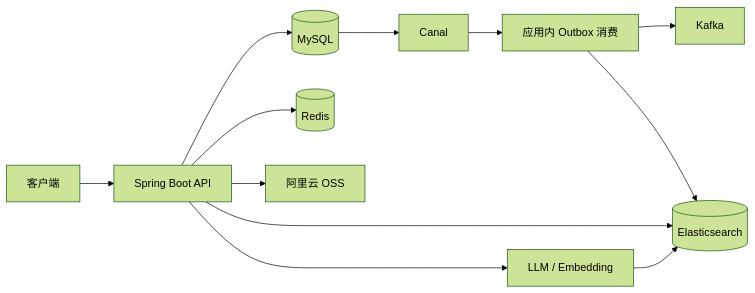
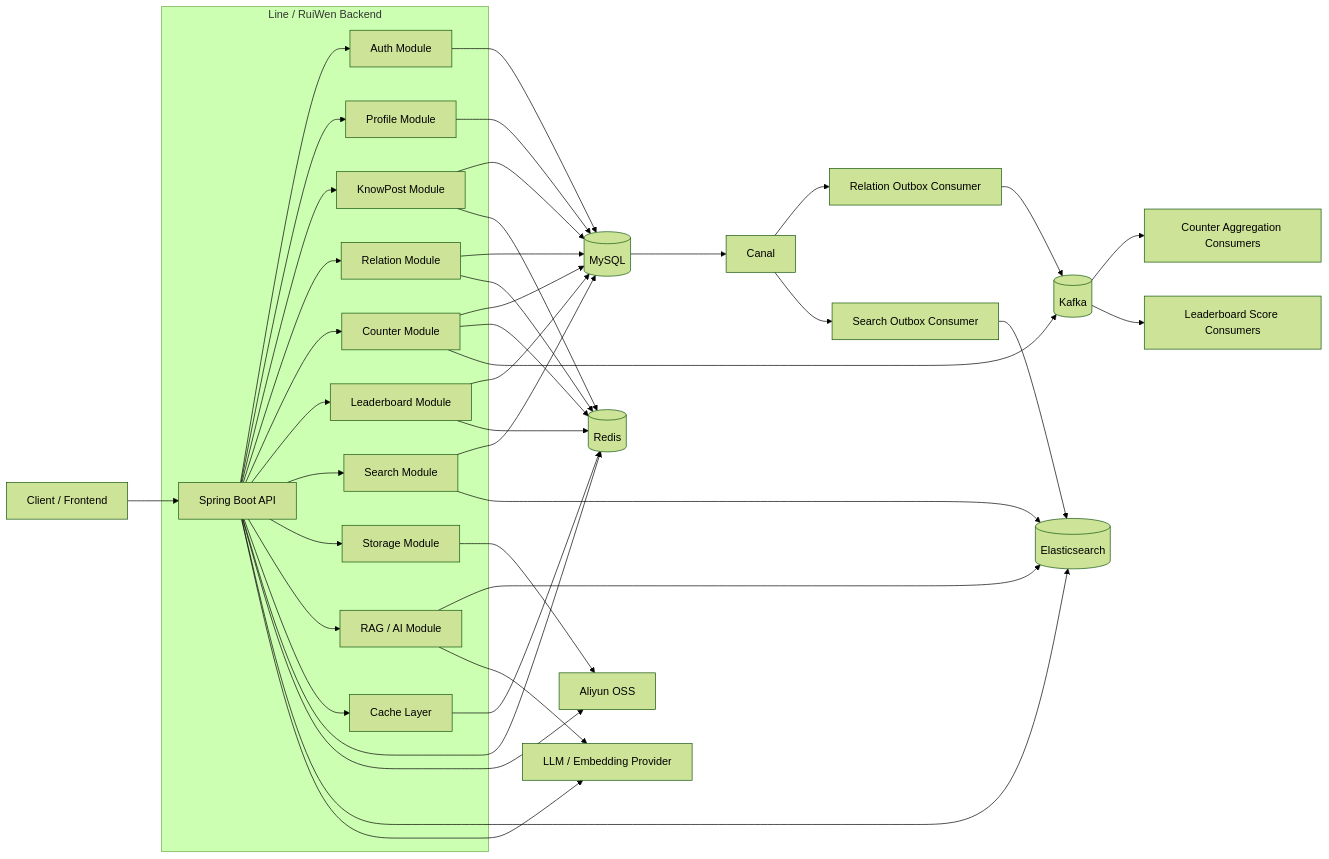
One commit to tdog54646/RuiWen changed the diagram in README.md. Above: the diagram before and after it, drawn with Mermaid (forest theme).

Commit message:
架构图

````diff
--- a/README.md
+++ b/README.md
@@ -46,14 +46,53 @@
 ```mermaid
 flowchart LR
-  Client[客户端] --> API[Spring Boot API]
-  API --> MySQL[(MySQL)]
+  Client[Client / Frontend] --> API[Spring Boot API]
+
+  subgraph App[Line / RuiWen Backend]
+    API --> Auth[Auth Module]
+    API --> Profile[Profile Module]
+    API --> KnowPost[KnowPost Module]
+    API --> Relation[Relation Module]
+    API --> Counter[Counter Module]
+    API --> Leaderboard[Leaderboard Module]
+    API --> Search[Search Module]
+    API --> Storage[Storage Module]
+    API --> LLM[RAG / AI Module]
+    API --> Cache[Cache Layer]
+  end
+
+  Auth --> MySQL[(MySQL)]
+  Profile --> MySQL
+  KnowPost --> MySQL
+  Relation --> MySQL
+  Counter --> MySQL
+  Leaderboard --> MySQL
+  Search --> MySQL
+
   API --> Redis[(Redis)]
-  API --> OSS[阿里云 OSS]
+  Cache --> Redis
+  Relation --> Redis
+  KnowPost --> Redis
+  Leaderboard --> Redis
+  Counter --> Redis
+
+  API --> OSS[Aliyun OSS]
+  Storage --> OSS
+
+  API --> ES[(Elasticsearch)]
+  Search --> ES
+  LLM --> ES
+
+  API --> OpenAI[LLM / Embedding Provider]
+  LLM --> OpenAI
+
+  Counter --> Kafka[(Kafka)]
+  Kafka --> CounterConsumer[Counter Aggregation Consumers]
+  Kafka --> LeaderboardConsumer[Leaderboard Score Consumers]
+
   MySQL --> Canal[Canal]
-  Canal --> App[应用内 Outbox 消费]
-  App --> Kafka[Kafka]
-  App --> ES[(Elasticsearch)]
-  API --> ES
-  API --> LLM[LLM / Embedding]
-  LLM --> ES
+  Canal --> RelationOutbox[Relation Outbox Consumer]
+  Canal --> SearchOutbox[Search Outbox Consumer]
+
+  RelationOutbox --> Kafka
+  SearchOutbox --> ES
 ```
````
